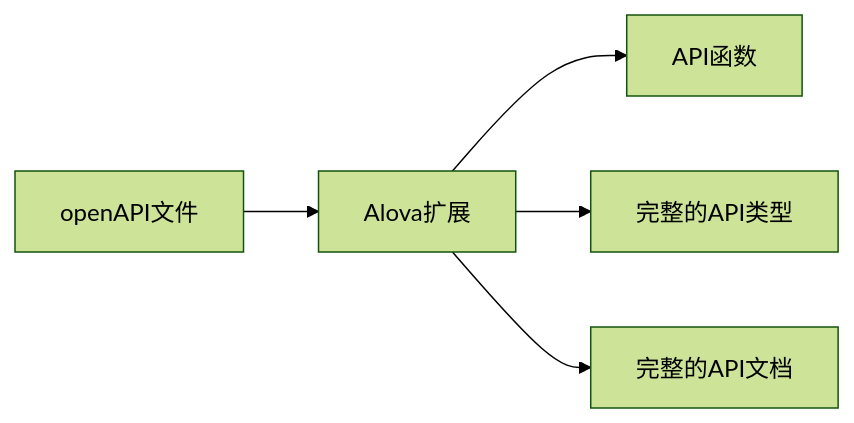
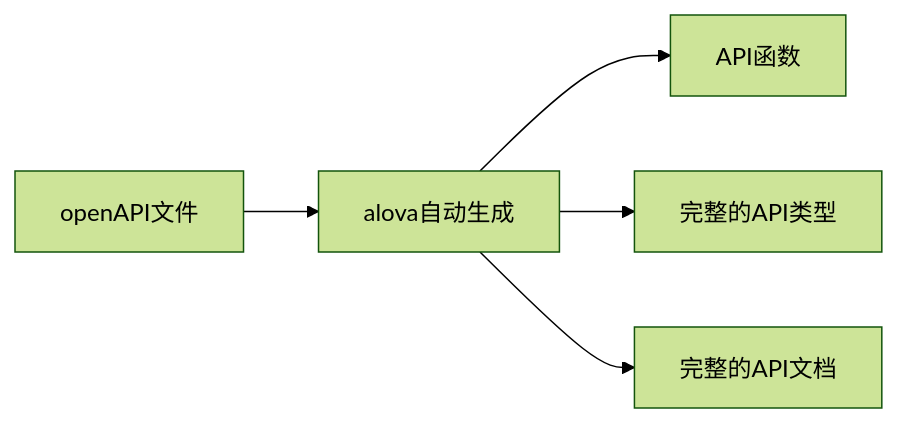
Before and after one commit to alovajs/alovajs.github.io: the first of 2 diagrams in i18n/zh-CN/docusaurus-plugin-content-docs/current/tutorial/02-getting-started/01-introduce.md, drawn with Mermaid (forest theme). The commit also changed other lines of this file and 21 other files, not shown here.

````diff
--- a/i18n/zh-CN/docusaurus-plugin-content-docs/current/tutorial/02-getting-started/01-introduce.md
+++ b/i18n/zh-CN/docusaurus-plugin-content-docs/current/tutorial/02-getting-started/01-introduce.md
@@ -395,6 +395,6 @@
 ```mermaid
 flowchart LR
-R1[openAPI文件] --> S1[Alova扩展] --> W1[API函数]
-S1[Alova扩展] --> W2[完整的API类型]
-S1[Alova扩展] --> W3[完整的API文档]
+R1[openAPI文件] --> S1[alova自动生成] --> W1[API函数]
+S1[alova自动生成] --> W2[完整的API类型]
+S1[alova自动生成] --> W3[完整的API文档]
 ```
````
